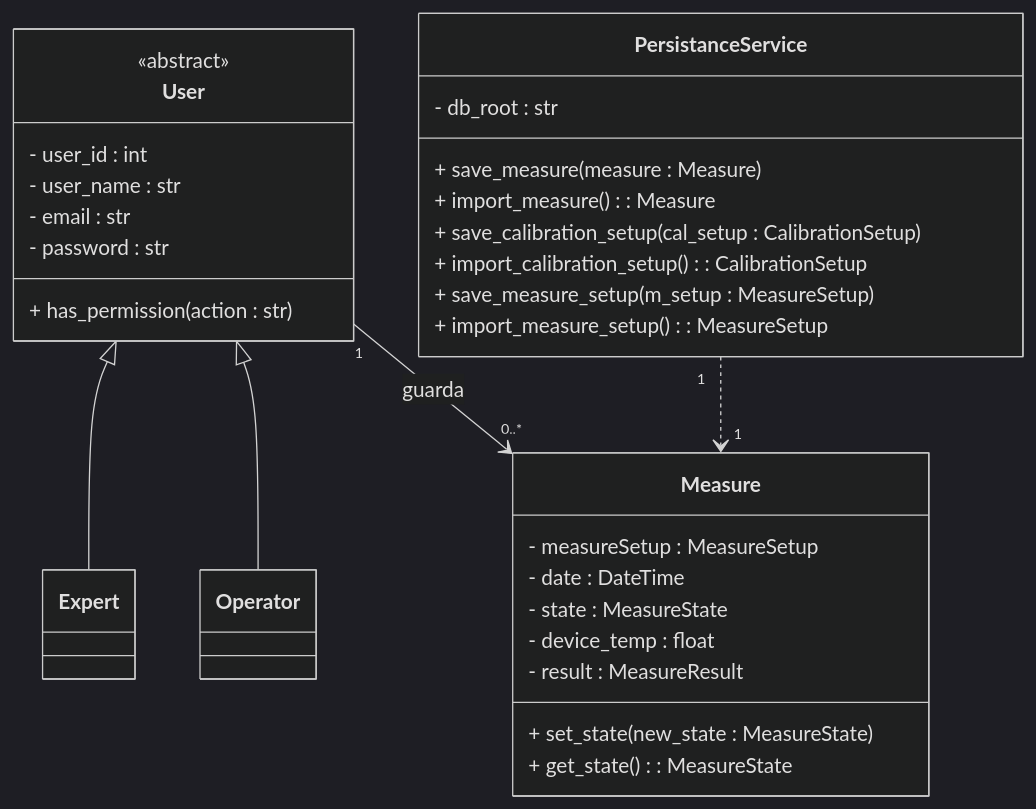
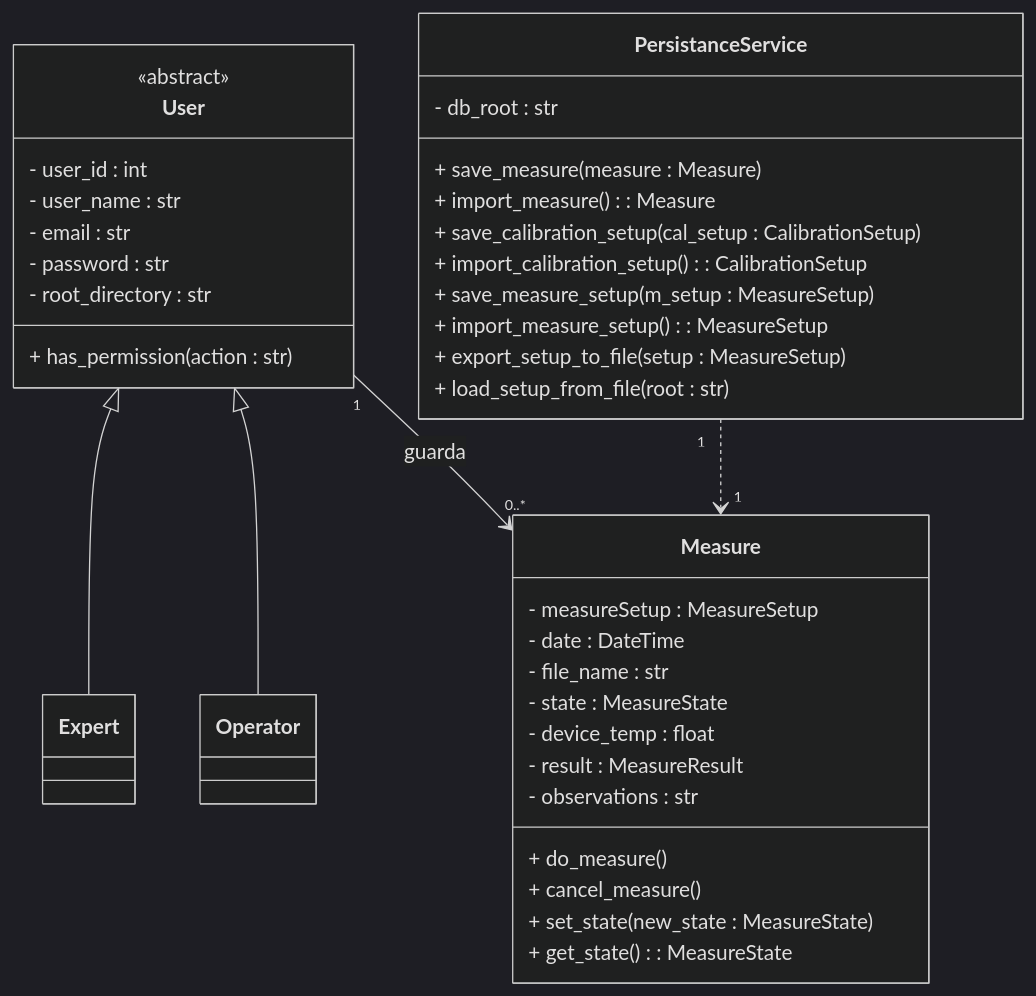
One commit to alegrelias/Repo-GMini changed diagram 17 of 22 in Gmini-MarkDown/Guanaco Mini.md. Above: the diagram before and after it, drawn with Mermaid (dark theme). The commit also changed other lines of this file, not shown here.

````diff
--- a/Gmini-MarkDown/Guanaco Mini.md
+++ b/Gmini-MarkDown/Guanaco Mini.md
@@ -1581,49 +1616,56 @@
 ```mermaid
 classDiagram
 
 %% jerarquias
 User <|-- Expert
 User <|-- Operator
 
 %% clases
 class User {
 	<<abstract>>
 	- user_id : int
 	- user_name : str
 	- email : str
 	- password : str
+	- root_directory : str
 	+ has_permission(action : str)
 }
 
 class Operator{
 
 }
 class Expert{
 
 }
 
 class Measure {
 	- measureSetup : MeasureSetup
 	- date : DateTime
+	- file_name : str
 	- state : MeasureState
 	- device_temp : float
 	- result : MeasureResult
+	- observations : str
+	+ do_measure()
+	+ cancel_measure()
 	+ set_state(new_state : MeasureState)
 	+ get_state() : MeasureState
 }
 
 class PersistanceService{
 	- db_root : str
 	+ save_measure(measure : Measure)
 	+ import_measure() : Measure
 	+ save_calibration_setup(cal_setup : CalibrationSetup)
 	+ import_calibration_setup() : CalibrationSetup
 	+ save_measure_setup(m_setup : MeasureSetup)
 	+ import_measure_setup() : MeasureSetup
+	+ export_setup_to_file(setup : MeasureSetup)
+	+ load_setup_from_file(root : str)
 }
 
 %% relaciones
 User "1"-->"0..*" Measure : guarda
 
 PersistanceService "1"..>"1" Measure
 ```
````
